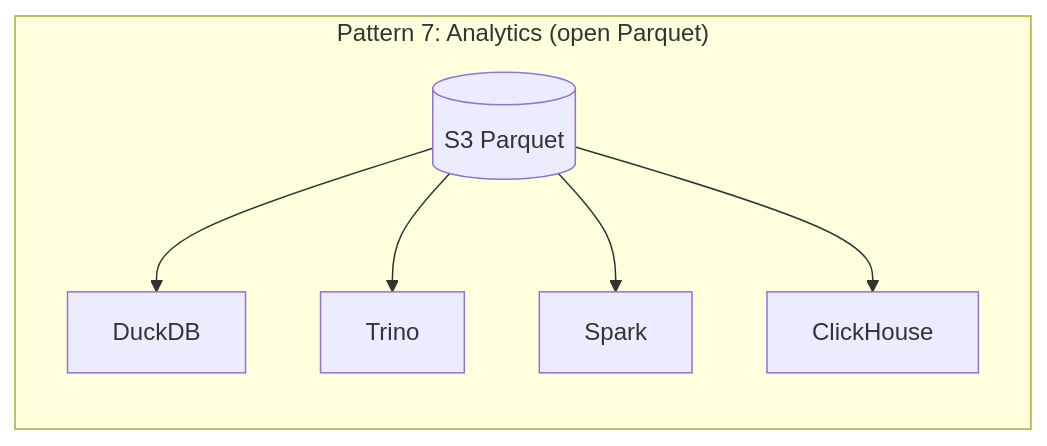
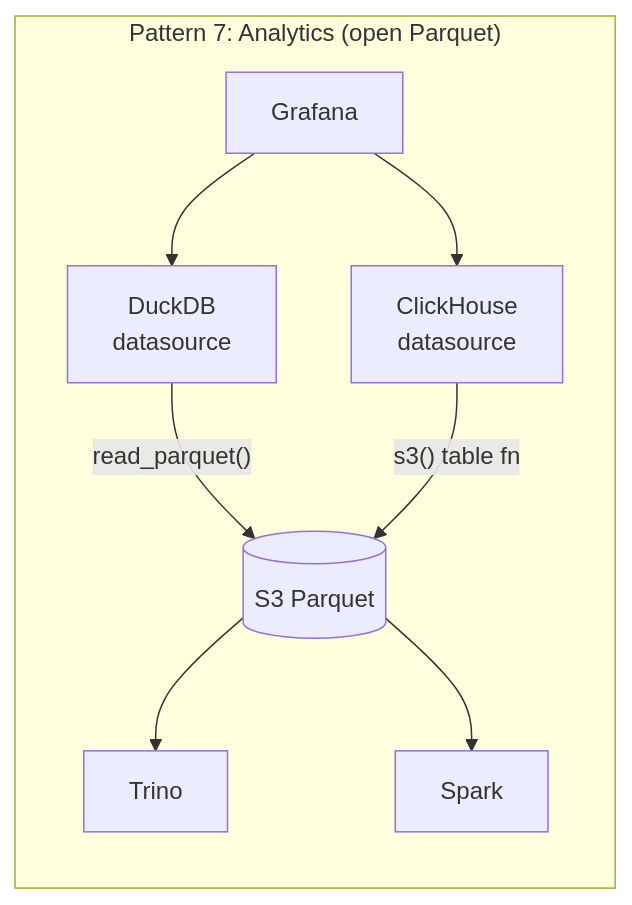
One commit to ReliablyObserve/victoria-lakehouse changed the tenth of 10 diagrams in README.md. Above: the diagram before and after it, drawn with Mermaid. The commit also changed other lines of this file and 5 other files, not shown here.

First line of the commit message:
feat: add DuckDB + ClickHouse analytics datasources for direct S3 Parquet queries

````diff
--- a/README.md
+++ b/README.md
@@ -287,9 +294,11 @@
 ```mermaid
 graph LR
     subgraph "Pattern 7: Analytics (open Parquet)"
-        S5[("S3 Parquet")] --> DDB["DuckDB"]
-        S5 --> TRI["Trino"]
-        S5 --> SPK["Spark"]
-        S5 --> CH["ClickHouse"]
+        G7["Grafana"] --> DDB["DuckDB<br/>datasource"]
+        G7 --> CH7["ClickHouse<br/>datasource"]
+        DDB -->|"read_parquet()"| S7[("S3 Parquet")]
+        CH7 -->|"s3() table fn"| S7
+        S7 --> TRI["Trino"]
+        S7 --> SPK["Spark"]
     end
 ```
````
